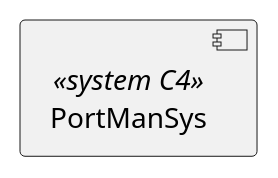
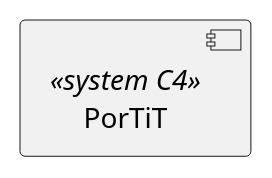
One commit to BernasDzn/portit changed the diagram in docs/sprint_1/global_artifacts/arquitecture/level_1/logic_views/l1_logicview.puml. Above: the diagram before and after it, drawn with PlantUML. The commit also changed 9 other files, not shown here.

```diff
--- a/docs/sprint_1/global_artifacts/arquitecture/level_1/logic_views/l1_logicview.puml
+++ b/docs/sprint_1/global_artifacts/arquitecture/level_1/logic_views/l1_logicview.puml
@@ -1,8 +1,8 @@
 @startuml logicview_n1
 skinparam Linetype polyline
 
-component "PortManSys" as masterdata <<system C4>> {
+component "PorTiT" as masterdata <<system C4>> {
 	
 }
 
 @enduml
```
